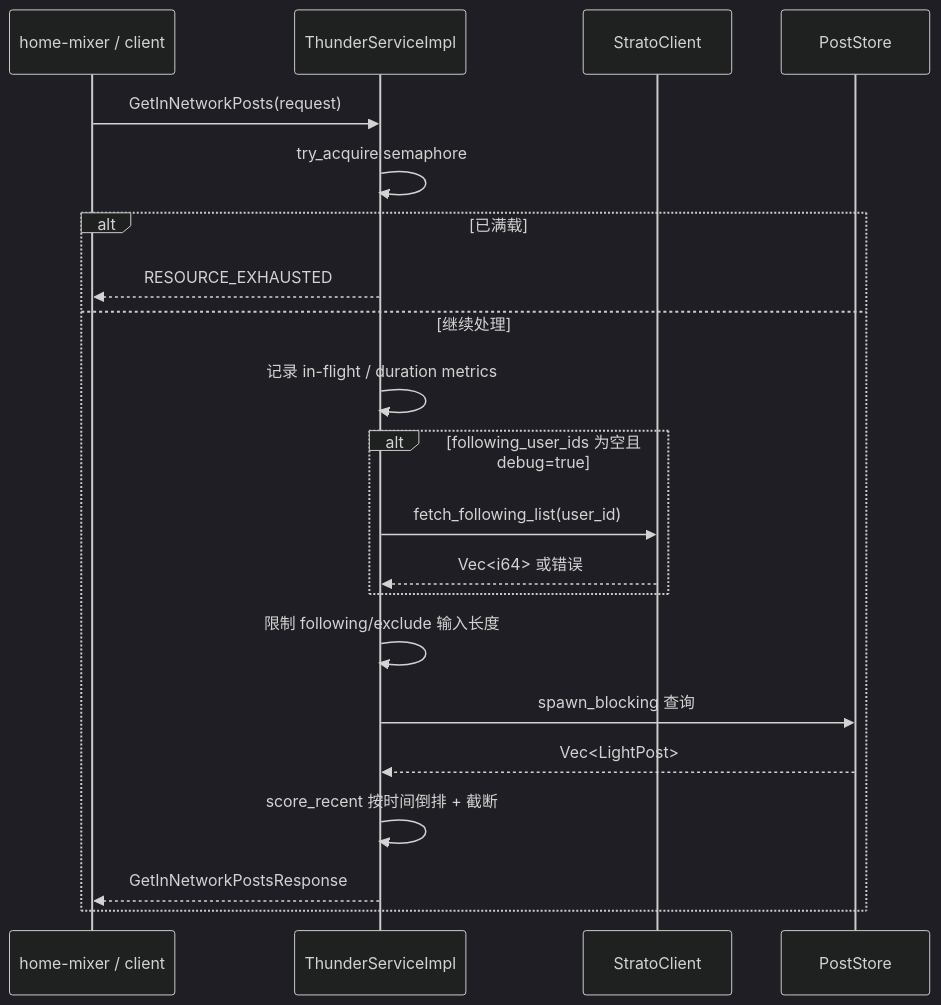
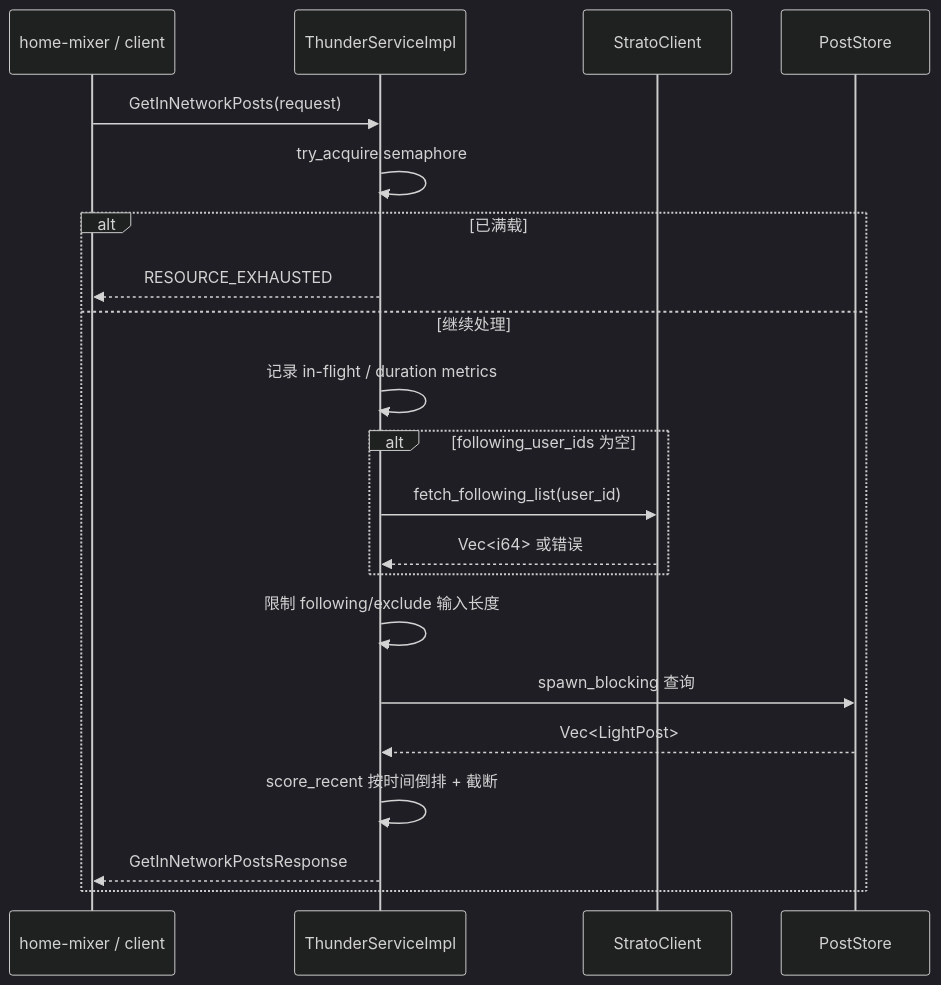
One commit to freefcw/x-algorithm changed the first of 3 diagrams in docs/thunder/04-query-serving.md. Above: the diagram before and after it, drawn with Mermaid (dark theme). The commit also changed other lines of this file and 7 other files, not shown here.

````diff
--- a/docs/thunder/04-query-serving.md
+++ b/docs/thunder/04-query-serving.md
@@ -26,24 +28,24 @@
 ```mermaid
 sequenceDiagram
     participant HM as home-mixer / client
     participant S as ThunderServiceImpl
     participant ST as StratoClient
     participant PS as PostStore
 
     HM->>S: GetInNetworkPosts(request)
     S->>S: try_acquire semaphore
     alt 已满载
         S-->>HM: RESOURCE_EXHAUSTED
     else 继续处理
         S->>S: 记录 in-flight / duration metrics
-        alt following_user_ids 为空且 debug=true
+        alt following_user_ids 为空
             S->>ST: fetch_following_list(user_id)
             ST-->>S: Vec<i64> 或错误
         end
         S->>S: 限制 following/exclude 输入长度
         S->>PS: spawn_blocking 查询
         PS-->>S: Vec<LightPost>
         S->>S: score_recent 按时间倒排 + 截断
         S-->>HM: GetInNetworkPostsResponse
     end
 ```
````
